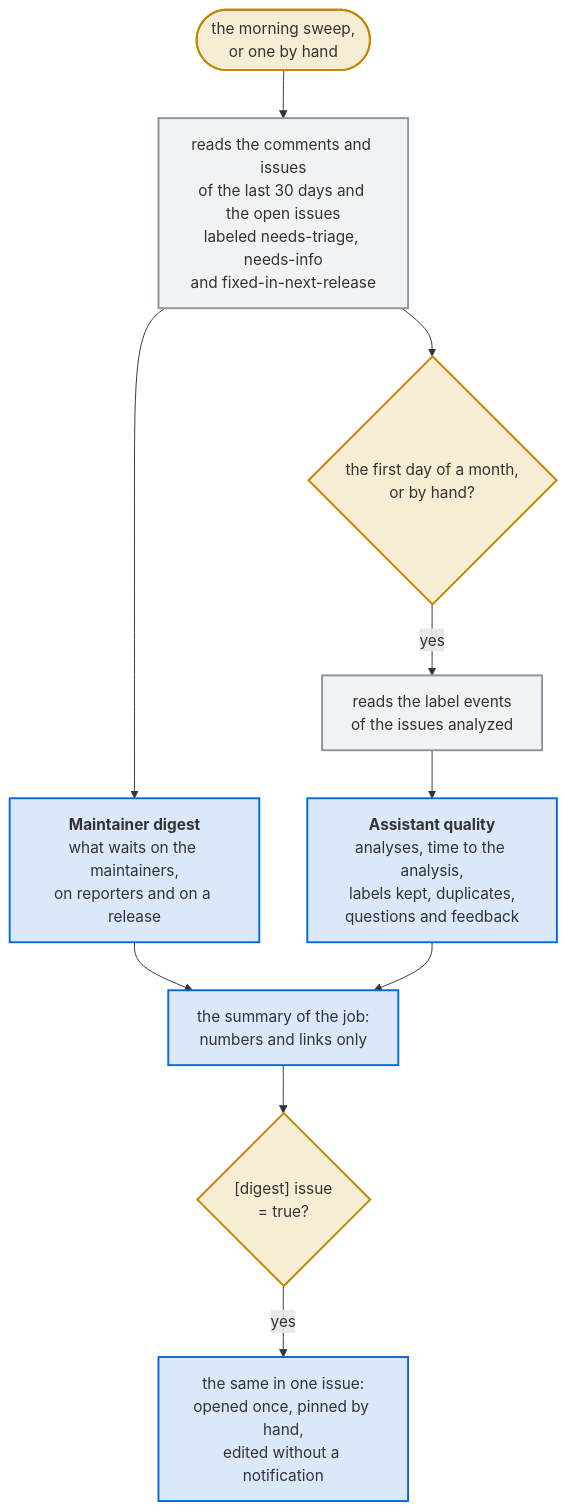
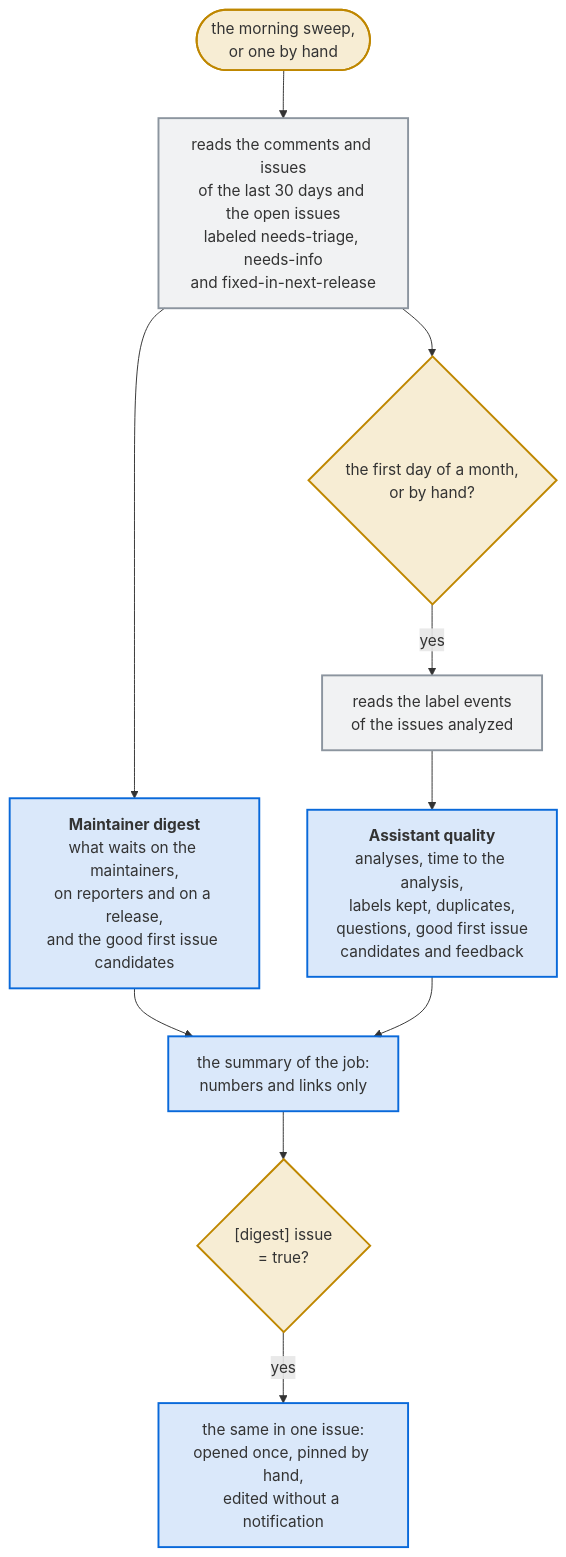
Before and after one commit to Dennis-Otto/issue-assistant: the diagram in docs/diagrams/what-the-morning-sweep-tells-the-maintainers.mmd, drawn with Mermaid. The commit also changed 24 other files, not shown here.

First line of the commit message:
feat: the digest names good first issue candidates for the maintainers to confirm (#234)

```diff
--- a/docs/diagrams/what-the-morning-sweep-tells-the-maintainers.mmd
+++ b/docs/diagrams/what-the-morning-sweep-tells-the-maintainers.mmd
@@ -1,20 +1,20 @@
 flowchart TB
   accTitle: What the morning sweep tells the maintainers
-  accDescr: After its steps, the morning sweep, or one started by hand, reads the comments and issues of the last 30 days and the open issues labeled needs-triage, needs-info and fixed-in-next-release. Its summary lists the issues that wait on the maintainers, those that wait on their reporters with the day of the reminder or the closing, and the fixed ones that wait for a release. On the first day of a month, and in a sweep started by hand, it reads the label events of the issues analyzed in those 30 days and adds the numbers of the assistant's quality. The summary holds numbers and links only, never the text of an issue. With the setting issue of the section digest, the sweep keeps the same in one issue, which it opens once and edits after that.
+  accDescr: After its steps, the morning sweep, or one started by hand, reads the comments and issues of the last 30 days and the open issues labeled needs-triage, needs-info and fixed-in-next-release. Its summary lists the issues that wait on the maintainers, those that wait on their reporters with the day of the reminder or the closing, and the fixed ones that wait for a release, and, where labels.toml has labels of the group contribution, the issues that a maintainer could offer to newcomers. On the first day of a month, and in a sweep started by hand, it reads the label events of the issues analyzed in those 30 days and adds the numbers of the assistant's quality. The summary holds numbers and links only, never the text of an issue. With the setting issue of the section digest, the sweep keeps the same in one issue, which it opens once and edits after that.
   sweep(["the morning sweep,<br>or one by hand"]) --> reads["reads the comments and issues<br>of the last 30 days and the open issues<br>labeled needs-triage, needs-info<br>and fixed-in-next-release"]
-  reads --> digest["`**Maintainer digest**<br>what waits on the maintainers,<br>on reporters and on a release`"]
+  reads --> digest["`**Maintainer digest**<br>what waits on the maintainers,<br>on reporters and on a release,<br>and the good first issue candidates`"]
   reads --> monthly{"the first day of a month,<br>or by hand?"}
   monthly -- "yes" --> events["reads the label events<br>of the issues analyzed"]
-  events --> quality["`**Assistant quality**<br>analyses, time to the analysis,<br>labels kept, duplicates,<br>questions and feedback`"]
+  events --> quality["`**Assistant quality**<br>analyses, time to the analysis,<br>labels kept, duplicates,<br>questions, good first issue<br>candidates and feedback`"]
   digest --> summary["the summary of the job:<br>numbers and links only"]
   quality --> summary
   summary --> asked{"[digest] issue<br>= true?"}
   asked -- "yes" --> issue["the same in one issue:<br>opened once, pinned by hand,<br>edited without a notification"]
   classDef trigger fill:#d4a72c33,stroke:#bf8700,stroke-width:2px
   classDef question fill:#d4a72c33,stroke:#bf8700,stroke-width:2px
   classDef job fill:#8c959f1f,stroke:#8c959f,stroke-width:2px
   classDef person fill:#0969da26,stroke:#0969da,stroke-width:2px
   class sweep trigger
   class monthly,asked question
   class reads,events job
   class digest,quality,summary,issue person
```
